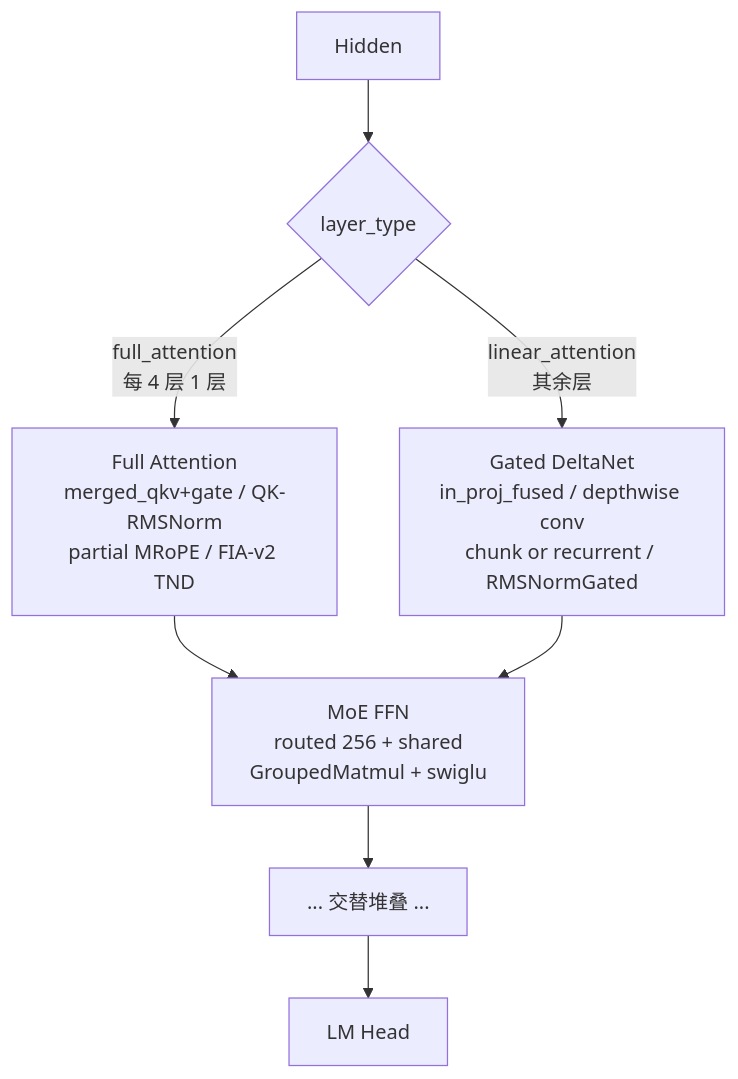
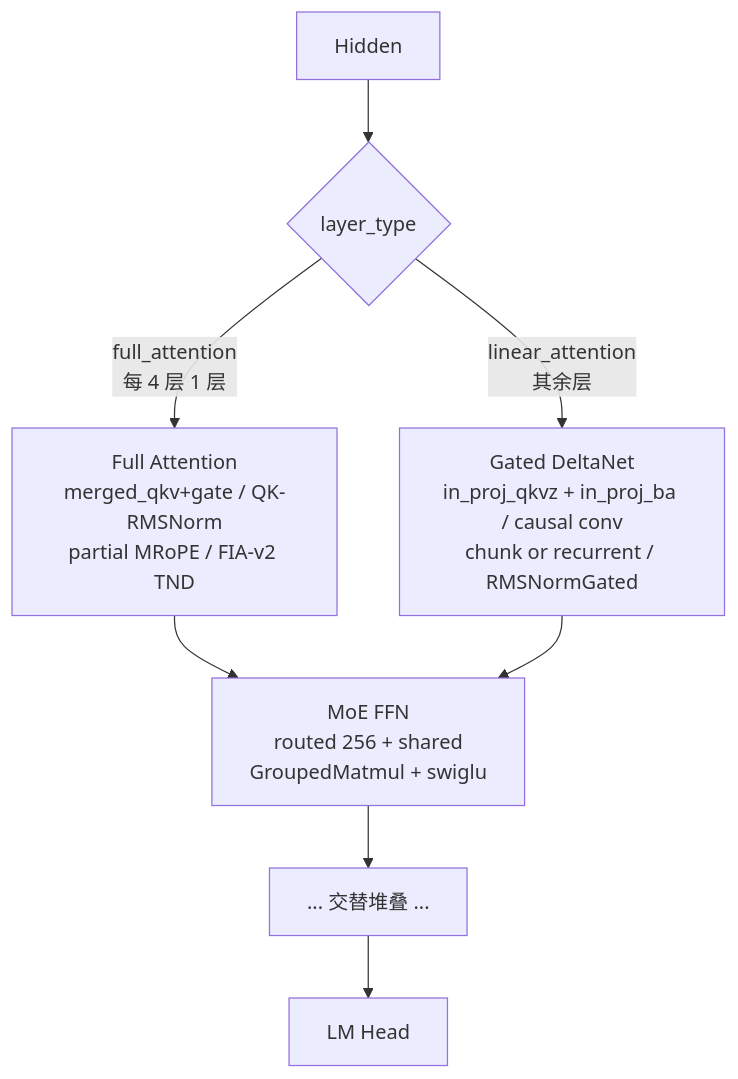
Before and after one commit to Atlas-Ascend-Fork/cannbot-knowledge: the diagram in knowledge/model/inference/concepts/models/qwen3_5_moe.md, drawn with Mermaid. The commit also changed other lines of this file and 441 other files, not shown here.

````diff
--- a/knowledge/model/inference/concepts/models/qwen3_5_moe.md
+++ b/knowledge/model/inference/concepts/models/qwen3_5_moe.md
@@ -32,10 +37,10 @@
 ```mermaid
 flowchart TD
  In[Hidden] --> LT{layer_type}
  LT -->|full_attention<br/>每 4 层 1 层| FA[Full Attention<br/>merged_qkv+gate / QK-RMSNorm<br/>partial MRoPE / FIA-v2 TND]
- LT -->|linear_attention<br/>其余层| GDN[Gated DeltaNet<br/>in_proj_fused / depthwise conv<br/>chunk or recurrent / RMSNormGated]
+ LT -->|linear_attention<br/>其余层| GDN[Gated DeltaNet<br/>in_proj_qkvz + in_proj_ba / causal conv<br/>chunk or recurrent / RMSNormGated]
  FA --> MoE[MoE FFN<br/>routed 256 + shared<br/>GroupedMatmul + swiglu]
  GDN --> MoE
  MoE --> More[... 交替堆叠 ...]
  More --> Out[LM Head]
 ```
````
